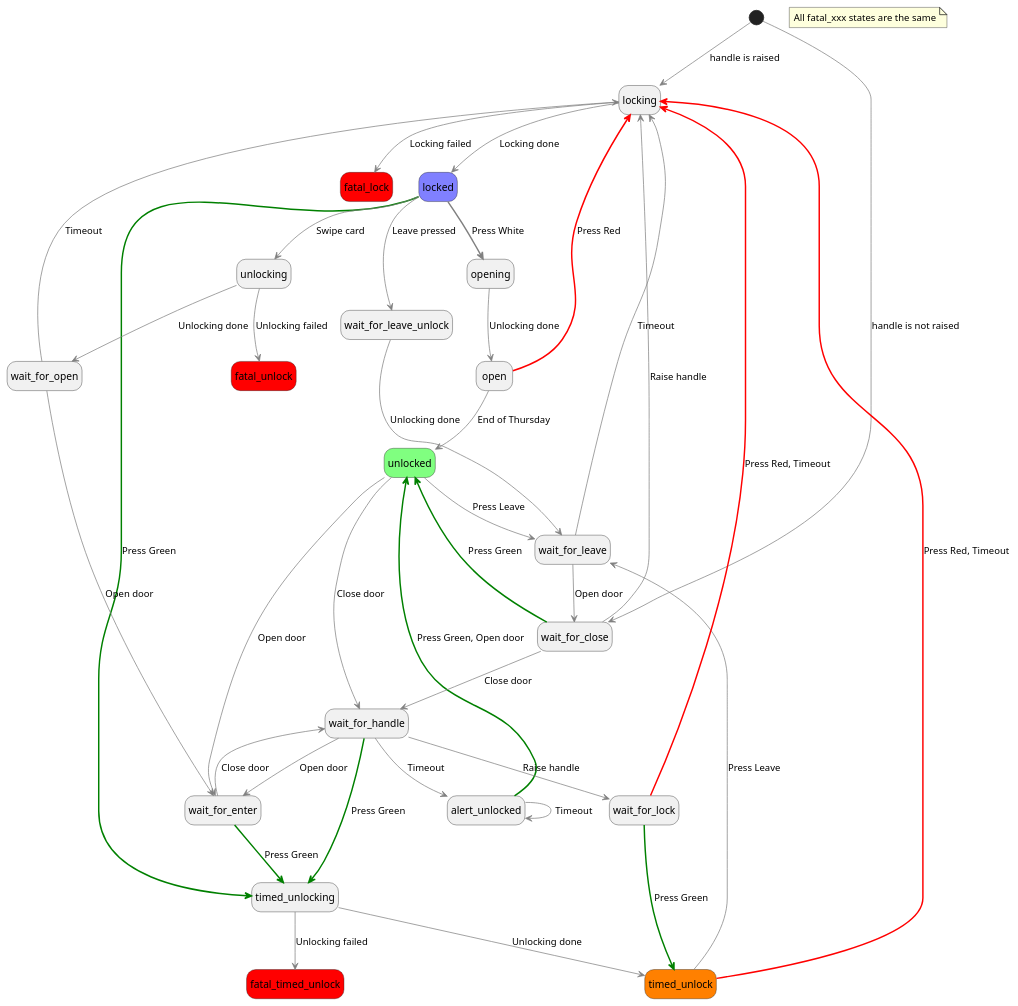
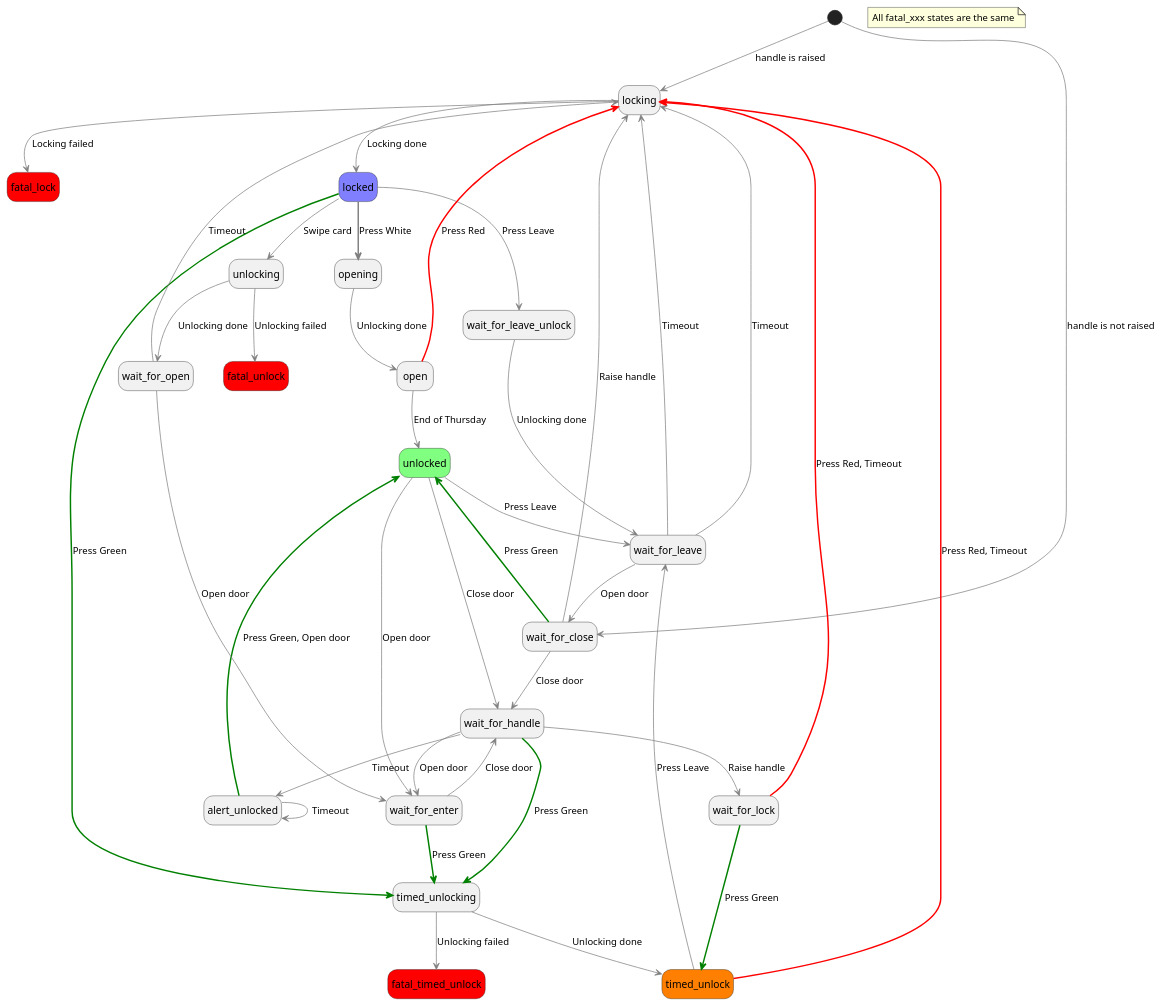
Before and after one commit to bullestock/acsv2: the diagram in ui/states.plantuml, drawn with PlantUML. The commit also changed 1 other file, not shown here.

Commit message:
Set timeout when leaving.

```diff
--- a/ui/states.plantuml
+++ b/ui/states.plantuml
@@ -1,60 +1,61 @@
 @startuml
 hide empty description
 
 <style>
 stateDiagram {
   arrow {
     LineColor Gray
   }
 }
 </style>
 
 state fatal_lock #ff0000
 state fatal_unlock #ff0000
 state fatal_timed_unlock #ff0000
 
 note "All fatal_xxx states are the same" as fatal_note
 
 state locked #8080ff
 state unlocked #80ff80
 state timed_unlock #ff8000
 
 [*] --> locking: handle is raised
 [*] --> wait_for_close: handle is not raised
 alert_unlocked --> alert_unlocked: Timeout
 alert_unlocked -[#green,bold]-> unlocked: Press Green, Open door
 locked -[#gray,bold]-> opening: Press White
 locked -[#green,bold]-> timed_unlocking: Press Green
 locked --> unlocking: Swipe card
-locked --> wait_for_leave_unlock: Leave pressed
+locked --> wait_for_leave_unlock: Press Leave
 locking --> fatal_lock: Locking failed
 locking --> locked: Locking done
 open -[#red,bold]-> locking: Press Red
 open --> unlocked: End of Thursday
 opening --> open: Unlocking done
 timed_unlock -[#red,bold]-> locking: Press Red, Timeout
 timed_unlock --> wait_for_leave: Press Leave
 timed_unlocking --> fatal_timed_unlock: Unlocking failed
 timed_unlocking --> timed_unlock: Unlocking done
 unlocked --> wait_for_enter: Open door
 unlocked --> wait_for_handle: Close door
 unlocked --> wait_for_leave: Press Leave
 unlocking --> fatal_unlock: Unlocking failed
 unlocking --> wait_for_open: Unlocking done
 wait_for_close --> locking: Raise handle
 wait_for_close -[#green,bold]-> unlocked: Press Green
 wait_for_close --> wait_for_handle: Close door
 wait_for_enter -[#green,bold]-> timed_unlocking: Press Green
 wait_for_enter --> wait_for_handle: Close door
 wait_for_handle --> alert_unlocked: Timeout
 wait_for_handle -[#green,bold]-> timed_unlocking: Press Green
 wait_for_handle --> wait_for_enter: Open door
 wait_for_handle --> wait_for_lock: Raise handle
 wait_for_leave --> locking: Timeout
 wait_for_leave --> wait_for_close: Open door
+wait_for_leave --> locking: Timeout
 wait_for_leave_unlock --> wait_for_leave: Unlocking done
 wait_for_lock -[#red,bold]-> locking: Press Red, Timeout
 wait_for_lock -[#green,bold]-> timed_unlock: Press Green
 wait_for_open --> locking: Timeout
 wait_for_open --> wait_for_enter: Open door
 @enduml
```
